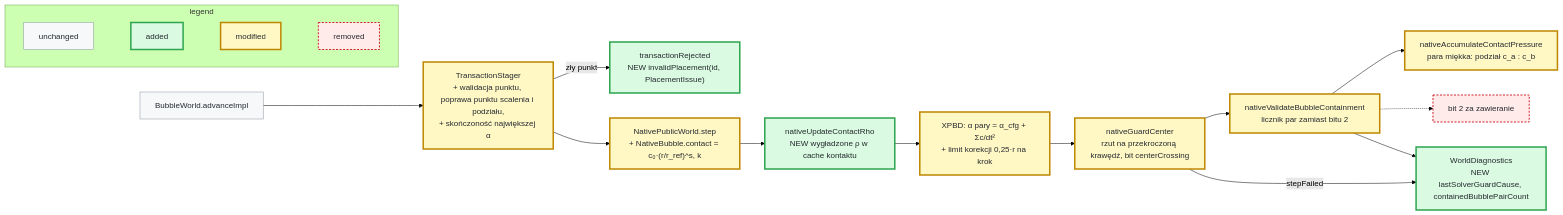
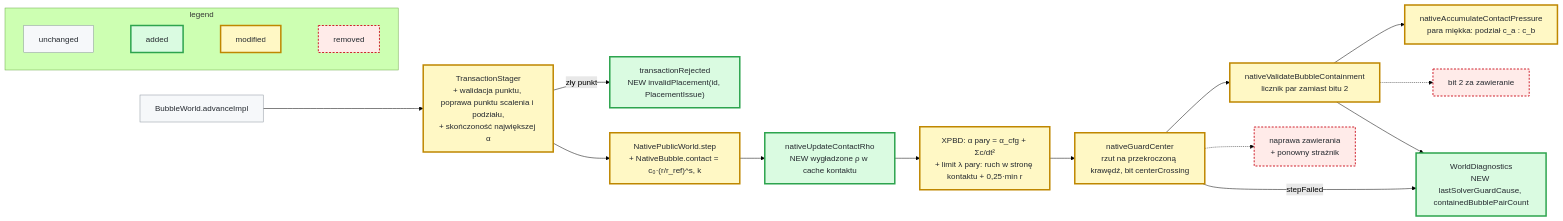
One commit to MariuszAdamowicz/BubblePhysics changed the first of 2 diagrams in docs/sdlc/changes/2026-11-14-crowd-solver-compression/plan.md. Above: the diagram before and after it, drawn with Mermaid (forest theme). The commit also changed other lines of this file, not shown here.

First line of the commit message:
docs(plan): replan wycinka 2 po rewizji limitu pary

````diff
--- a/docs/sdlc/changes/2026-11-14-crowd-solver-compression/plan.md
+++ b/docs/sdlc/changes/2026-11-14-crowd-solver-compression/plan.md
@@ -27,35 +26,37 @@
 ```mermaid
 flowchart LR
     subgraph legend["legend"]
       direction LR
       L1["unchanged"]:::same
       L2["added"]:::added
       L3["modified"]:::changed
       L4["removed"]:::removed
       L1 ~~~ L2 ~~~ L3 ~~~ L4
     end
 
     W["BubbleWorld.advanceImpl"]:::same
     ST["TransactionStager<br/>+ walidacja punktu, poprawa punktu scalenia i podziału,<br/>+ skończoność największej α"]:::changed
     REJ["transactionRejected<br/>NEW invalidPlacement(id, PlacementIssue)"]:::added
     NPW["NativePublicWorld.step<br/>+ NativeBubble.contact = c₀·(r/r_ref)^s, k"]:::changed
     RHO["nativeUpdateContactRho<br/>NEW wygładzone ρ w cache kontaktu"]:::added
-    XPBD["XPBD: α pary = α_cfg + Σc/dt²<br/>+ limit korekcji 0,25·r na krok"]:::changed
+    XPBD["XPBD: α pary = α_cfg + Σc/dt²<br/>+ limit λ pary: ruch w stronę kontaktu + 0,25·min r"]:::changed
     GUARD["nativeGuardCenter<br/>rzut na przekroczoną krawędź, bit centerCrossing"]:::changed
+    REP["naprawa zawierania<br/>+ ponowny strażnik"]:::removed
     CONT["nativeValidateBubbleContainment<br/>licznik par zamiast bitu 2"]:::changed
     CB2["bit 2 za zawieranie"]:::removed
     PRESS["nativeAccumulateContactPressure<br/>para miękka: podział c_a : c_b"]:::changed
     DIAG["WorldDiagnostics<br/>NEW lastSolverGuardCause, containedBubblePairCount"]:::added
 
     W --> ST
     ST -->|zły punkt| REJ
     ST --> NPW --> RHO --> XPBD --> GUARD --> CONT --> PRESS
     CONT -.-> CB2
+    GUARD -.-> REP
     GUARD -->|stepFailed| DIAG
     CONT --> DIAG
 
     classDef same fill:#f6f8fa,stroke:#8c959f,stroke-width:1px,color:#24292f
     classDef added fill:#dafbe1,stroke:#2da44e,stroke-width:3px,color:#24292f
     classDef changed fill:#fff8c5,stroke:#bf8700,stroke-width:3px,color:#24292f
     classDef removed fill:#ffebe9,stroke:#cf222e,stroke-width:2px,stroke-dasharray:4 3,color:#24292f
 ```
````
